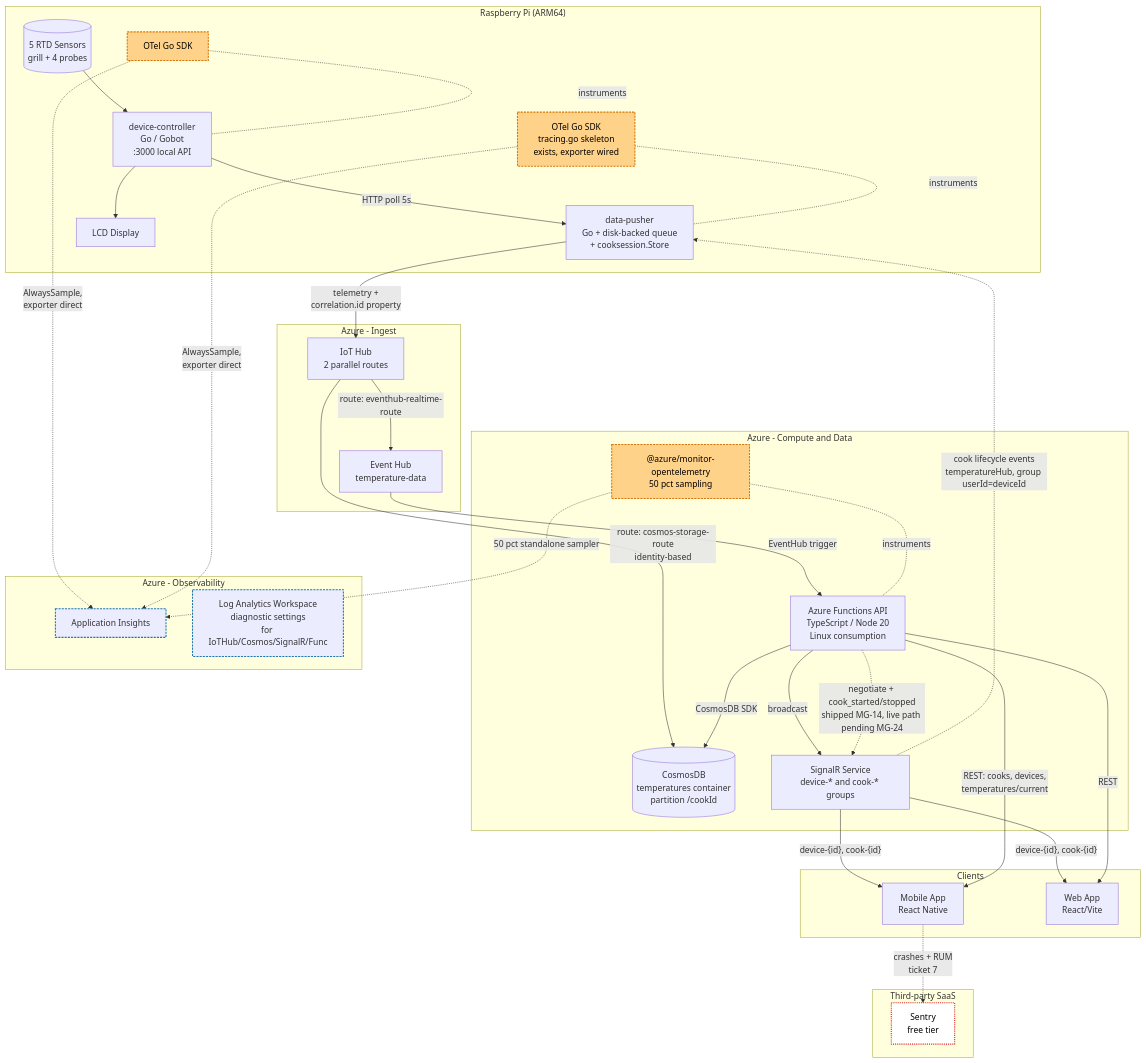
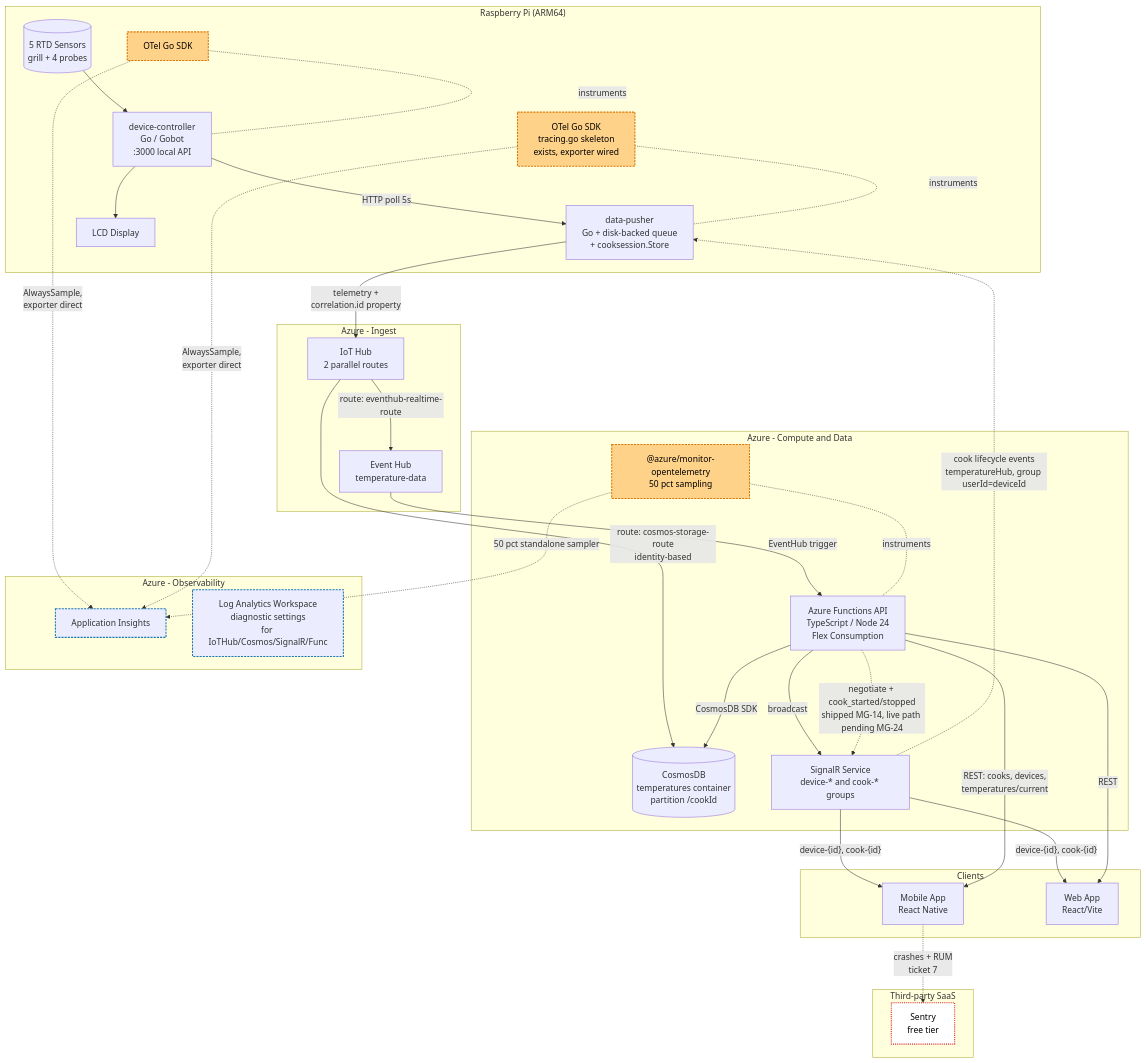
The first of 4 diagrams in docs/architecture/diagrams.md (stevebargelt/meatgeekv2), drawn with Mermaid before and after one commit. The commit also changed other lines of this file and 35 other files, not shown here.

First line of the commit message:
feat(infra): Flex Consumption hosting for dev+prod — West US 2, Node 24 (MG-24) (#24)

````diff
--- a/docs/architecture/diagrams.md
+++ b/docs/architecture/diagrams.md
@@ -34,70 +34,70 @@
 ```mermaid
 flowchart TB
     classDef current stroke:#1f77b4,stroke-width:2px,stroke-dasharray: 4 2
     classDef proposed fill:#ffd28a,stroke:#d97706,stroke-width:2px,stroke-dasharray: 4 2,color:#000
     classDef blocked fill:#fff,stroke:#dc2626,stroke-width:2px,stroke-dasharray: 2 2,color:#000
     classDef external fill:#eee,stroke:#666
 
     subgraph Pi["Raspberry Pi (ARM64)"]
         Sensors[(5 RTD Sensors<br/>grill + 4 probes)]
         DC[device-controller<br/>Go / Gobot<br/>:3000 local API]
         DP[data-pusher<br/>Go + disk-backed queue<br/>+ cooksession.Store]
         LCD[LCD Display]
         OTEL_DC[OTel Go SDK]:::proposed
         OTEL_DP[OTel Go SDK<br/>tracing.go skeleton<br/>exists, exporter wired]:::proposed
     end
 
     subgraph AzureIngest["Azure - Ingest"]
         IoTHub[IoT Hub<br/>2 parallel routes]
         EventHub[Event Hub<br/>temperature-data]
     end
 
     subgraph AzureProcess["Azure - Compute and Data"]
-        Funcs[Azure Functions API<br/>TypeScript / Node 20<br/>Linux consumption]
+        Funcs[Azure Functions API<br/>TypeScript / Node 24<br/>Flex Consumption]
         OTEL_FN["@azure/monitor-opentelemetry<br/>50 pct sampling"]:::proposed
         Cosmos[(CosmosDB<br/>temperatures container<br/>partition /cookId)]
         SignalR[SignalR Service<br/>device-* and cook-* groups]
     end
 
     subgraph Observability["Azure - Observability"]
         AppI[Application Insights]:::current
         LAW[Log Analytics Workspace<br/>diagnostic settings<br/>for IoTHub/Cosmos/SignalR/Func]:::current
     end
 
     subgraph SaaS["Third-party SaaS"]
         Sentry[Sentry<br/>free tier]:::blocked
     end
 
     subgraph Clients["Clients"]
         Mobile[Mobile App<br/>React Native]
         Web[Web App<br/>React/Vite]
     end
 
     Sensors --> DC
     DC --> LCD
     DC -- "HTTP poll 5s" --> DP
     DP -- "telemetry +<br/>correlation.id property" --> IoTHub
 
     IoTHub -- "route: cosmos-storage-route<br/>identity-based" --> Cosmos
     IoTHub -- "route: eventhub-realtime-route" --> EventHub
     EventHub -- "EventHub trigger" --> Funcs
     Funcs -- "broadcast" --> SignalR
     SignalR -- "device-{id}, cook-{id}" --> Mobile
     SignalR -- "device-{id}, cook-{id}" --> Web
 
     Funcs -- "REST: cooks, devices,<br/>temperatures/current" --> Mobile
     Funcs -- "REST" --> Web
     Funcs -- "CosmosDB SDK" --> Cosmos
 
     Funcs -. "negotiate + cook_started/stopped<br/>shipped MG-14, live path pending MG-24" .-> SignalR
     SignalR -. "cook lifecycle events<br/>temperatureHub, group userId=deviceId" .-> DP
 
     OTEL_DC -. instruments .- DC
     OTEL_DP -. instruments .- DP
     OTEL_FN -. instruments .- Funcs
 
     OTEL_DC -. "AlwaysSample,<br/>exporter direct" .-> AppI
     OTEL_DP -. "AlwaysSample,<br/>exporter direct" .-> AppI
     OTEL_FN -. "50 pct standalone sampler" .-> AppI
     Mobile -. "crashes + RUM<br/>ticket 7" .-> Sentry
 ```
````
